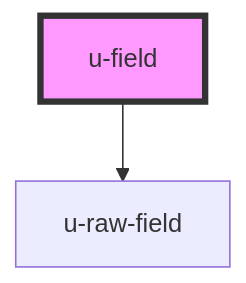
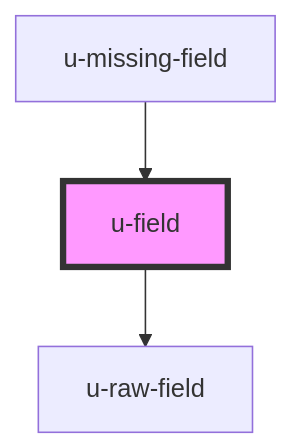
The diagram in packages/auth/src/components/profile/field/readme.md (UnidyID/unidy-sdk), drawn with Mermaid before and after one commit. The commit also changed other lines of this file and 15 other files, not shown here.

````diff
--- a/packages/auth/src/components/profile/field/readme.md
+++ b/packages/auth/src/components/profile/field/readme.md
@@ -52,5 +56,6 @@
 ```mermaid
 graph TD;
   u-field --> u-raw-field
+  u-missing-field --> u-field
   style u-field fill:#f9f,stroke:#333,stroke-width:4px
 ```
````
